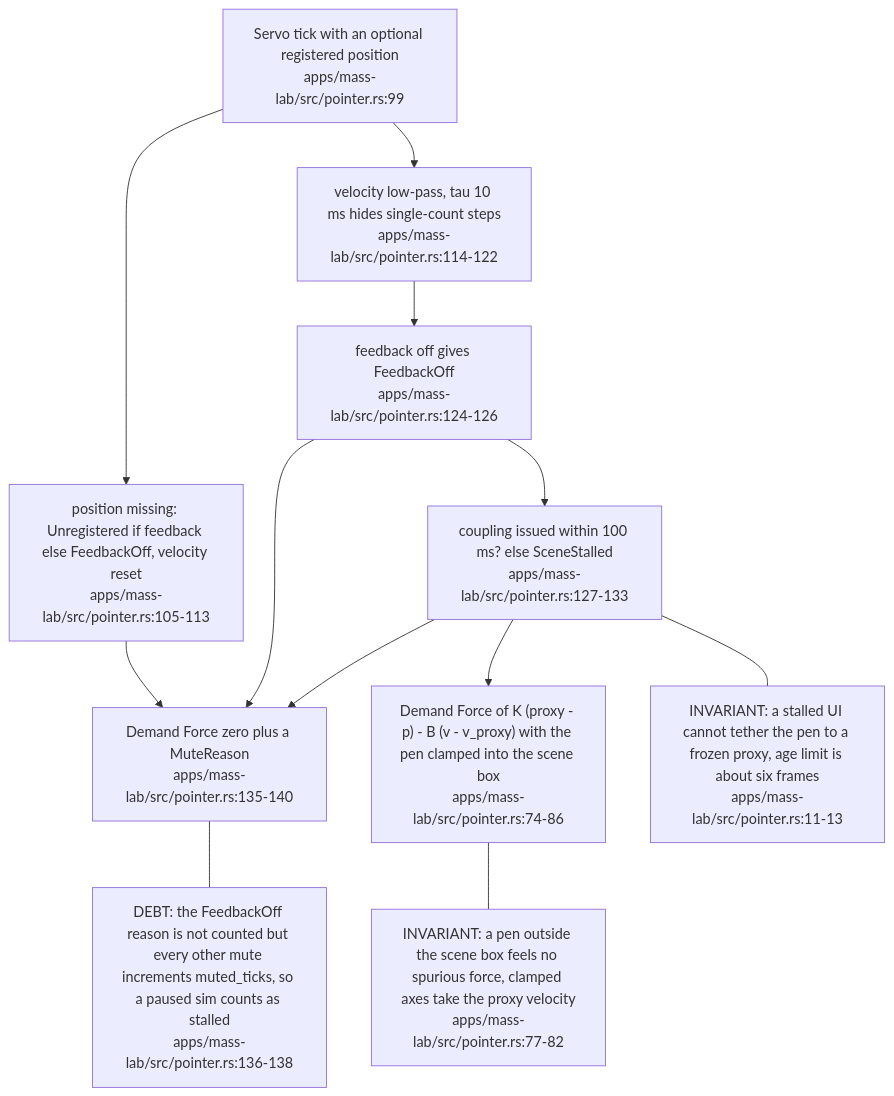
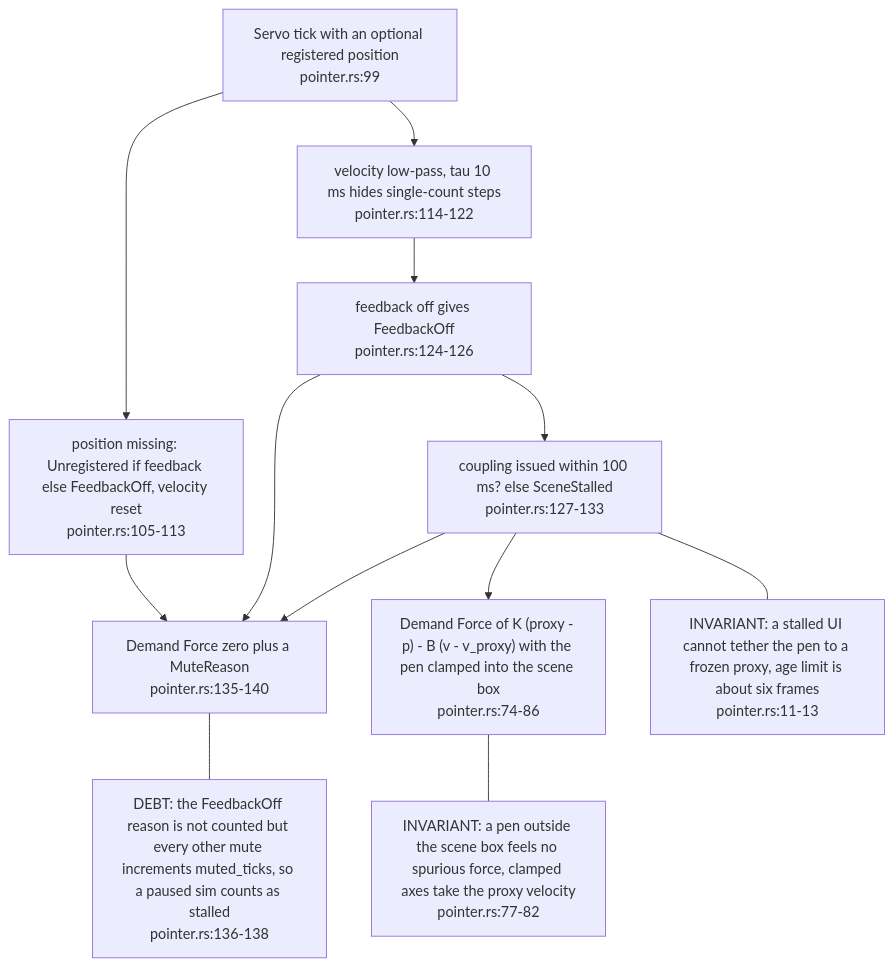
One commit to DreamLab-AI/VisionFlow changed the second of 5 diagrams in docs/diagrams/visiontouch-rs/04-mass-lab-servo-rate-coupling.md. Above: the diagram before and after it, drawn with Mermaid. The commit also changed other lines of this file and 27 other files, not shown here.

````diff
--- a/docs/diagrams/visiontouch-rs/04-mass-lab-servo-rate-coupling.md
+++ b/docs/diagrams/visiontouch-rs/04-mass-lab-servo-rate-coupling.md
@@ -56,24 +59,24 @@
 ```mermaid
 flowchart TB
-    S0["Servo tick with an optional registered position<br/>apps/mass-lab/src/pointer.rs:99"]
-    S1["position missing: Unregistered if feedback else FeedbackOff, velocity reset<br/>apps/mass-lab/src/pointer.rs:105-113"]
-    S2["velocity low-pass, tau 10 ms hides single-count steps<br/>apps/mass-lab/src/pointer.rs:114-122"]
-    S3["feedback off gives FeedbackOff<br/>apps/mass-lab/src/pointer.rs:124-126"]
-    S4["coupling issued within 100 ms? else SceneStalled<br/>apps/mass-lab/src/pointer.rs:127-133"]
-    S5["Demand Force of K (proxy - p) - B (v - v_proxy) with the pen clamped into the scene box<br/>apps/mass-lab/src/pointer.rs:74-86"]
-    Z["Demand Force zero plus a MuteReason<br/>apps/mass-lab/src/pointer.rs:135-140"]
+    S0["Servo tick with an optional registered position<br/>pointer.rs:99"]
+    S1["position missing: Unregistered if feedback else FeedbackOff, velocity reset<br/>pointer.rs:105-113"]
+    S2["velocity low-pass, tau 10 ms hides single-count steps<br/>pointer.rs:114-122"]
+    S3["feedback off gives FeedbackOff<br/>pointer.rs:124-126"]
+    S4["coupling issued within 100 ms? else SceneStalled<br/>pointer.rs:127-133"]
+    S5["Demand Force of K (proxy - p) - B (v - v_proxy) with the pen clamped into the scene box<br/>pointer.rs:74-86"]
+    Z["Demand Force zero plus a MuteReason<br/>pointer.rs:135-140"]
     S0 --> S1
     S0 --> S2
     S2 --> S3
     S3 --> S4
     S4 --> S5
     S1 --> Z
     S3 --> Z
     S4 --> Z
-    N1["INVARIANT: a stalled UI cannot tether the pen to a frozen proxy, age limit is about six frames<br/>apps/mass-lab/src/pointer.rs:11-13"]
-    N2["INVARIANT: a pen outside the scene box feels no spurious force, clamped axes take the proxy velocity<br/>apps/mass-lab/src/pointer.rs:77-82"]
-    N3["DEBT: the FeedbackOff reason is not counted but every other mute increments muted_ticks, so a paused sim counts as stalled<br/>apps/mass-lab/src/pointer.rs:136-138"]
+    N1["INVARIANT: a stalled UI cannot tether the pen to a frozen proxy, age limit is about six frames<br/>pointer.rs:11-13"]
+    N2["INVARIANT: a pen outside the scene box feels no spurious force, clamped axes take the proxy velocity<br/>pointer.rs:77-82"]
+    N3["DEBT: the FeedbackOff reason is not counted but every other mute increments muted_ticks, so a paused sim counts as stalled<br/>pointer.rs:136-138"]
     S4 --- N1
     S5 --- N2
     Z --- N3
 ```
````
